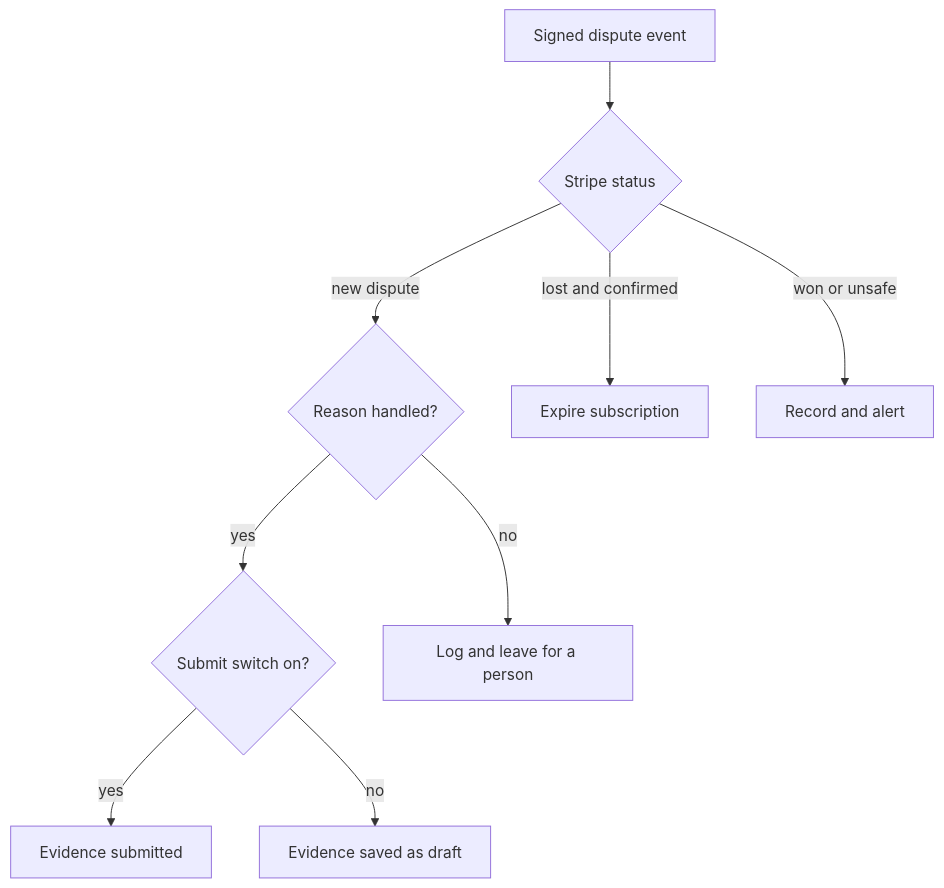
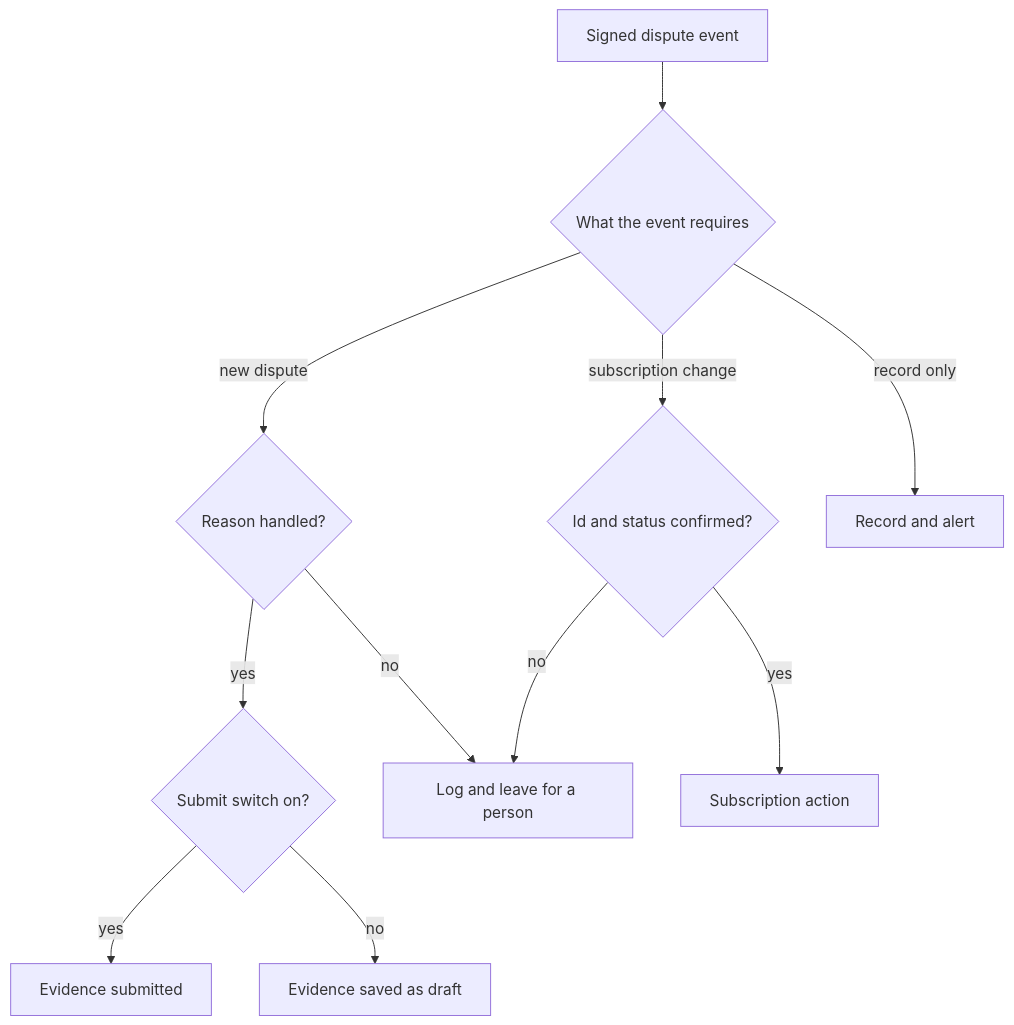
Before and after one commit to spinxara/dispute-management-case-study: the second of 2 diagrams in README.md, drawn with Mermaid. The commit also changed other lines of this file, not shown here.

````diff
--- a/README.md
+++ b/README.md
@@ -66,11 +66,13 @@
 ```mermaid
 flowchart TD
-  Event[Signed dispute event] --> Status{Stripe status}
+  Event[Signed dispute event] --> Status{What the event requires}
   Status -->|new dispute| Reason{Reason handled?}
   Reason -->|yes| Submit{Submit switch on?}
   Submit -->|yes| Filed[Evidence submitted]
   Submit -->|no| Draft[Evidence saved as draft]
   Reason -->|no| Manual[Log and leave for a person]
-  Status -->|lost and confirmed| Expire[Expire subscription]
-  Status -->|won or unsafe| Record[Record and alert]
+  Status -->|subscription change| Confirmed{Id and status confirmed?}
+  Confirmed -->|yes| Account[Subscription action]
+  Confirmed -->|no| Manual
+  Status -->|record only| Record[Record and alert]
 ```
````
